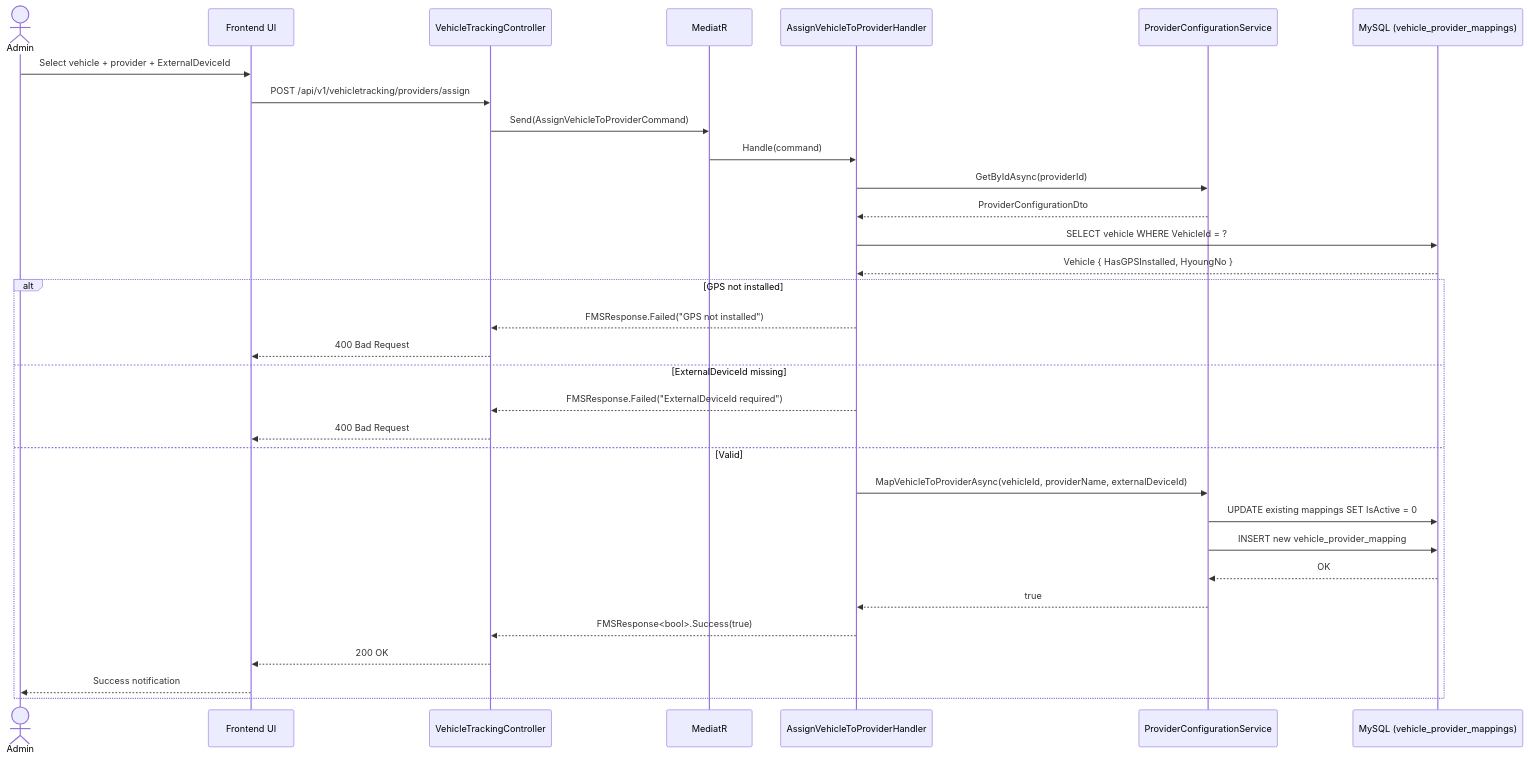
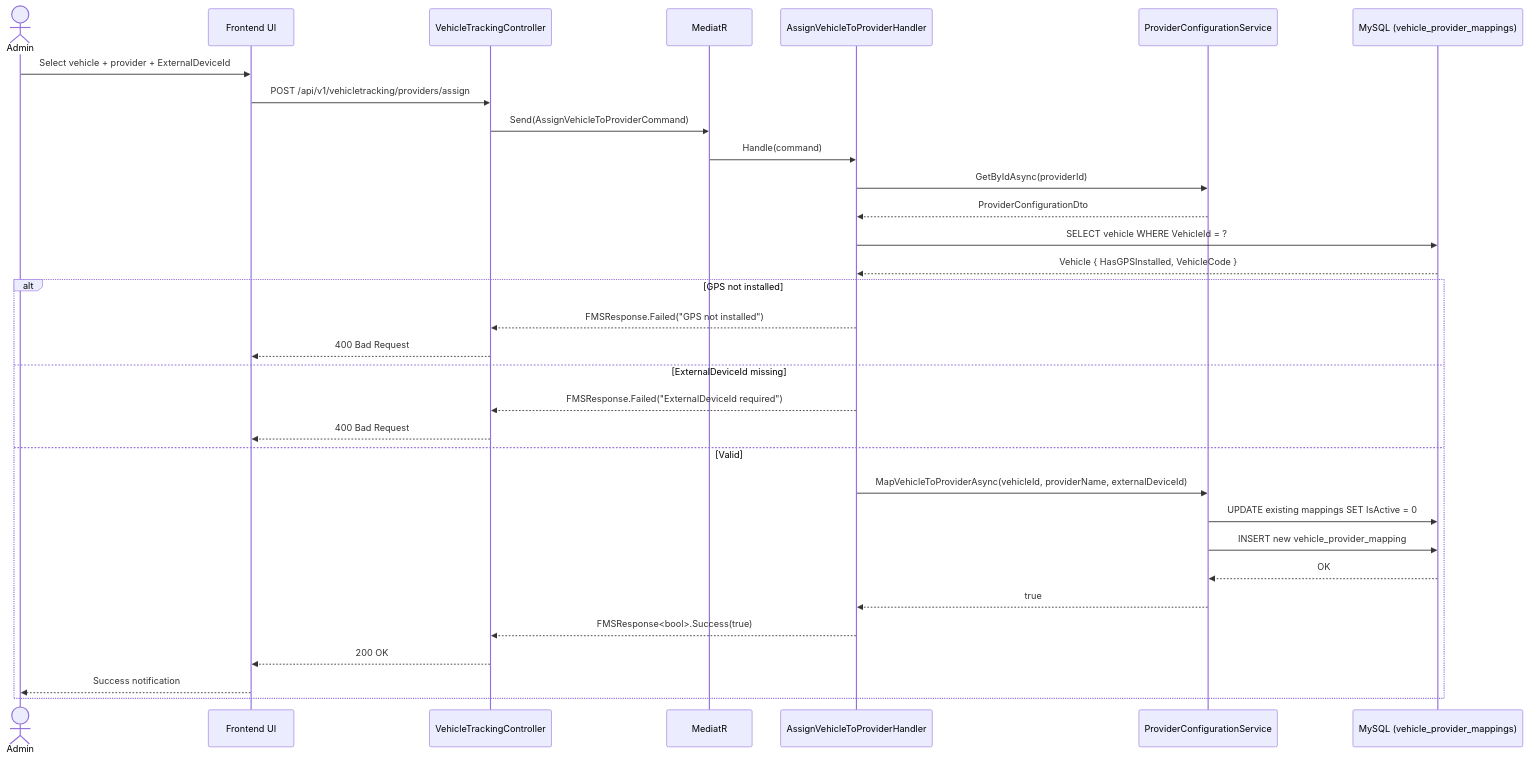
Before and after one commit to kkagiri/TenacityFMS: the second of 8 diagrams in Documentation/Features/Vehicle/vehicle-tracking/V1/implementation/README.md, drawn with Mermaid. The commit also changed 1620 other files, not shown here.

````diff
--- a/Documentation/Features/Vehicle/vehicle-tracking/V1/implementation/README.md
+++ b/Documentation/Features/Vehicle/vehicle-tracking/V1/implementation/README.md
@@ -1113,35 +1113,35 @@
 ```mermaid
 sequenceDiagram
     actor Admin
     participant UI as Frontend UI
     participant API as VehicleTrackingController
     participant MediatR as MediatR
     participant CMD as AssignVehicleToProviderHandler
     participant ConfigSVC as ProviderConfigurationService
     participant DB as MySQL (vehicle_provider_mappings)
 
     Admin->>UI: Select vehicle + provider + ExternalDeviceId
     UI->>API: POST /api/v1/vehicletracking/providers/assign
     API->>MediatR: Send(AssignVehicleToProviderCommand)
     MediatR->>CMD: Handle(command)
     CMD->>ConfigSVC: GetByIdAsync(providerId)
     ConfigSVC-->>CMD: ProviderConfigurationDto
     CMD->>DB: SELECT vehicle WHERE VehicleId = ?
-    DB-->>CMD: Vehicle { HasGPSInstalled, HyoungNo }
+    DB-->>CMD: Vehicle { HasGPSInstalled, VehicleCode }
     alt GPS not installed
         CMD-->>API: FMSResponse.Failed("GPS not installed")
         API-->>UI: 400 Bad Request
     else ExternalDeviceId missing
         CMD-->>API: FMSResponse.Failed("ExternalDeviceId required")
         API-->>UI: 400 Bad Request
     else Valid
         CMD->>ConfigSVC: MapVehicleToProviderAsync(vehicleId, providerName, externalDeviceId)
         ConfigSVC->>DB: UPDATE existing mappings SET IsActive = 0
         ConfigSVC->>DB: INSERT new vehicle_provider_mapping
         DB-->>ConfigSVC: OK
         ConfigSVC-->>CMD: true
         CMD-->>API: FMSResponse<bool>.Success(true)
         API-->>UI: 200 OK
         UI-->>Admin: Success notification
     end
 ```
````
